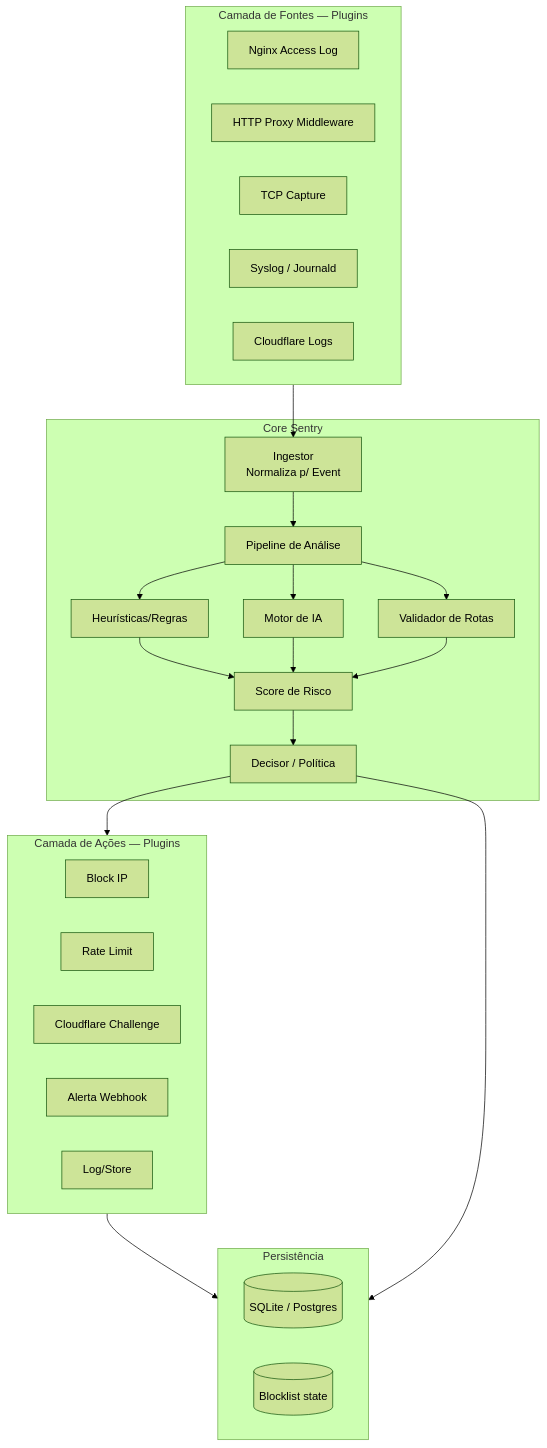
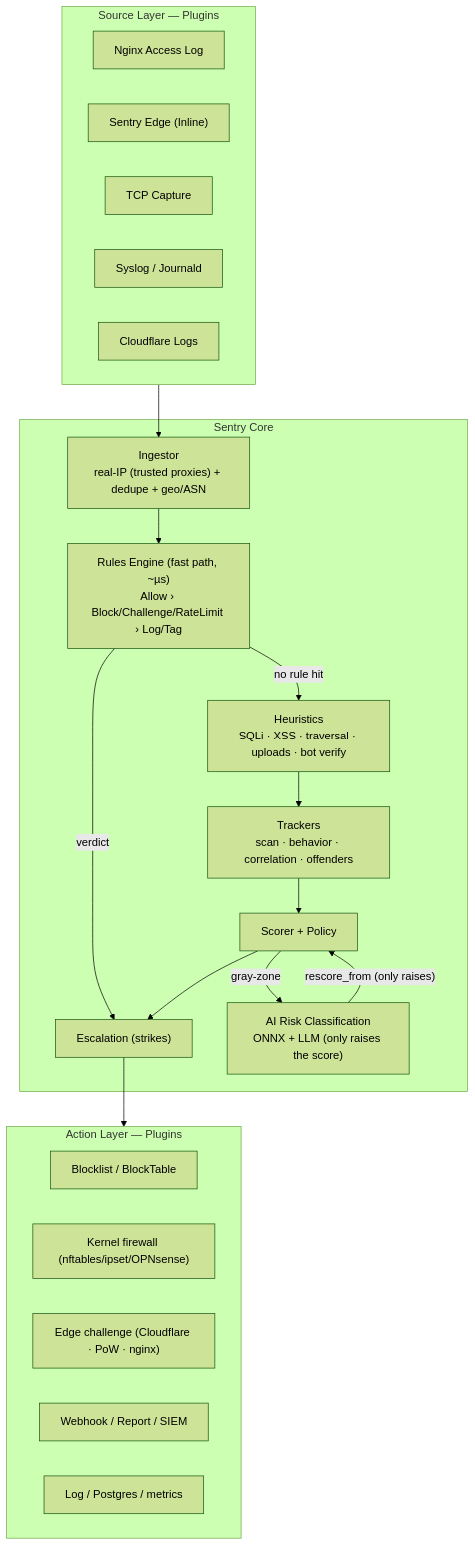
The first of 9 diagrams in ARCHITECTURE.md (IDjinn/sentry), drawn with Mermaid (forest theme) before and after one commit. The commit also changed other lines of this file and 33 other files, not shown here.

````diff
--- a/ARCHITECTURE.md
+++ b/ARCHITECTURE.md
@@ -33,46 +33,35 @@
 ```mermaid
 flowchart TB
-    subgraph Sources[Camada de Fontes — Plugins]
-        N1[Nginx Access Log]
-        N2[HTTP Proxy Middleware]
-        N3[TCP Capture]
-        N4[Syslog / Journald]
-        N5[Cloudflare Logs]
+    subgraph Sources["Source Layer — Plugins"]
+        N1["Nginx Access Log"]
+        N2["Sentry Edge (Inline)"]
+        N3["TCP Capture"]
+        N4["Syslog / Journald"]
+        N5["Cloudflare Logs"]
     end
 
-    subgraph Core[Core Sentry]
-        ING[Ingestor<br/>Normaliza p/ Event]
-        PIPE[Pipeline de Análise]
-        AI[Motor de IA]
-        HEUR[Heurísticas/Regras]
-        ROUTE[Validador de Rotas]
-        RISK[Score de Risco]
-        DECID[Decisor / Política]
+    subgraph Core["Sentry Core"]
+        ING["Ingestor<br/>real-IP (trusted proxies) + dedupe + geo/ASN"]
+        FAST["Rules Engine (fast path, ~µs)<br/>Allow › Block/Challenge/RateLimit › Log/Tag"]
+        HEUR["Heuristics<br/>SQLi · XSS · traversal · uploads · bot verify"]
+        BEH["Trackers<br/>scan · behavior · correlation · offenders"]
+        RISK["Scorer + Policy"]
+        ESC["Escalation (strikes)"]
+        AI["AI Risk Classification<br/>ONNX + LLM (only raises the score)"]
     end
 
-    subgraph Actions[Camada de Ações — Plugins]
-        A1[Block IP]
-        A2[Rate Limit]
-        A3[Cloudflare Challenge]
-        A4[Alerta Webhook]
-        A5[Log/Store]
+    subgraph Actions["Action Layer — Plugins"]
+        A1["Blocklist / BlockTable"]
+        A2["Kernel firewall (nftables/ipset/OPNsense)"]
+        A3["Edge challenge (Cloudflare · PoW · nginx)"]
+        A4["Webhook / Report / SIEM"]
+        A5["Log / Postgres / metrics"]
     end
 
-    subgraph Storage[Persistência]
-        DB[(SQLite / Postgres)]
-        BL[(Blocklist state)]
-    end
-
-    Sources --> ING
-    ING --> PIPE
-    PIPE --> HEUR
-    PIPE --> AI
-    PIPE --> ROUTE
-    HEUR --> RISK
-    AI --> RISK
-    ROUTE --> RISK
-    RISK --> DECID
-    DECID --> Actions
-    Actions --> Storage
-    DECID --> Storage
+    Sources --> ING --> FAST
+    FAST -- "verdict" --> ESC --> Actions
+    FAST -- "no rule hit" --> HEUR --> BEH --> RISK
+    RISK -- "gray-zone" --> AI
+    AI -- "rescore_from (only raises)" --> RISK
+    RISK --> ESC
 ```
````
